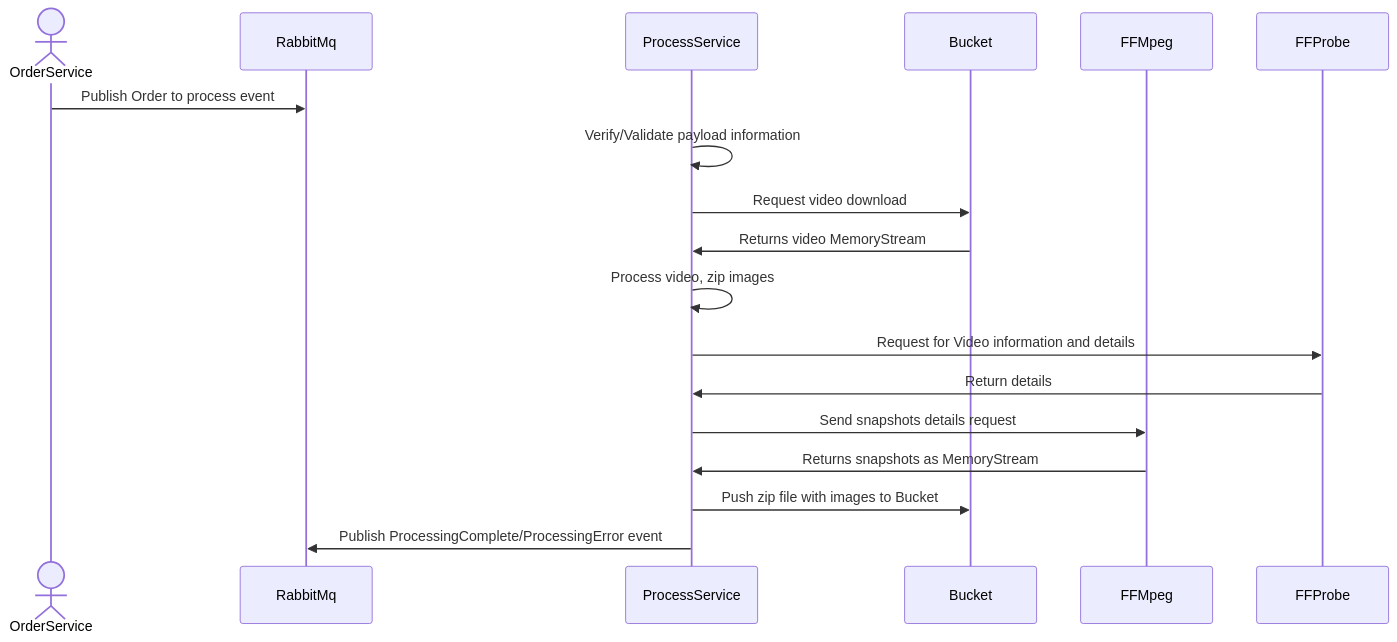
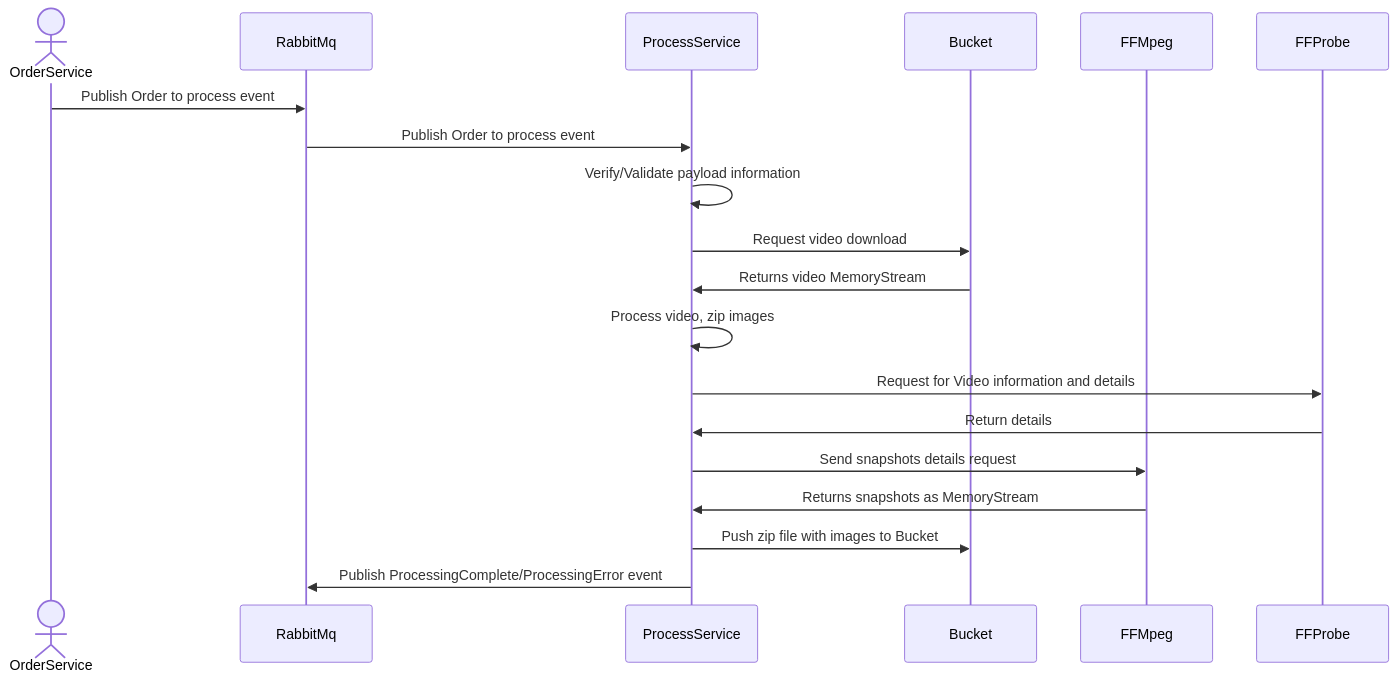
Before and after one commit to Team-One-Pos-Tech/FrameUp.ProcessService: the diagram in readme.md, drawn with Mermaid. The commit also changed other lines of this file, not shown here.

````diff
--- a/readme.md
+++ b/readme.md
@@ -29,21 +32,22 @@
 ```mermaid
 sequenceDiagram
     actor OrderService
     participant RabbitMq
     participant ProcessService
     participant MinIo as Bucket
     participant FFMpeg
     participant FFProbe
     
     OrderService ->> RabbitMq: Publish Order to process event
+    RabbitMq ->> ProcessService: Publish Order to process event
     ProcessService ->> ProcessService: Verify/Validate payload information
     ProcessService ->> MinIo: Request video download
     MinIo ->> ProcessService: Returns video MemoryStream
     ProcessService ->> ProcessService: Process video, zip images
     ProcessService ->> FFProbe: Request for Video information and details
     FFProbe ->> ProcessService: Return details
     ProcessService ->> FFMpeg: Send snapshots details request
     FFMpeg ->> ProcessService: Returns snapshots as MemoryStream
     ProcessService ->> MinIo: Push zip file with images to Bucket
     ProcessService ->> RabbitMq: Publish ProcessingComplete/ProcessingError event
 ```
````
